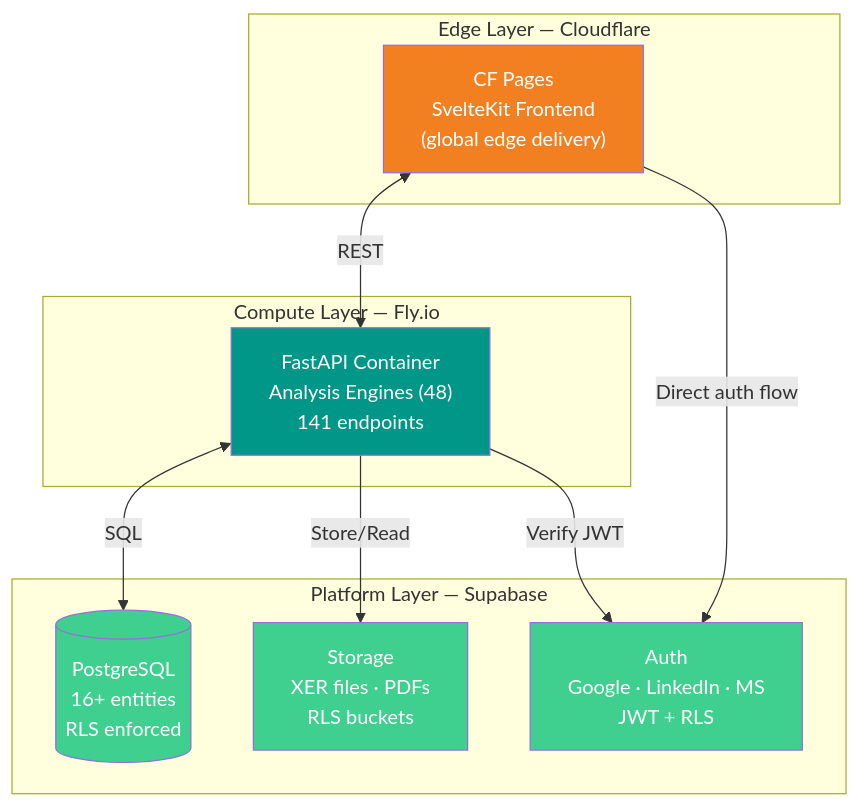
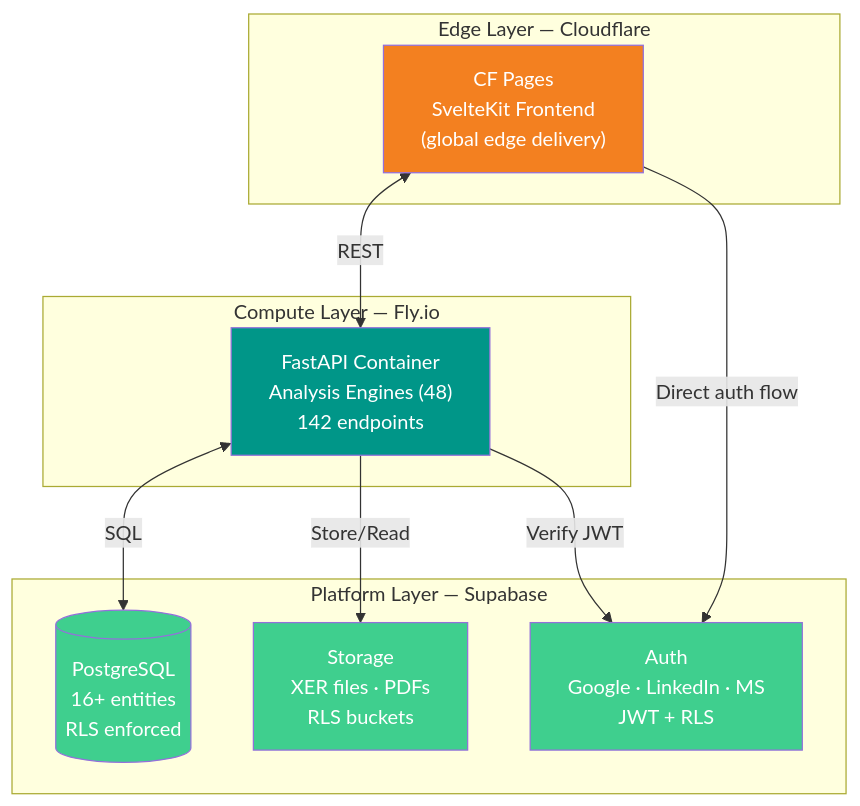
The first of 2 diagrams in README.md (VitorMRodovalho/meridianiq), drawn with Mermaid before and after one commit. The commit also changed other lines of this file and 9 other files, not shown here.

````diff
--- a/README.md
+++ b/README.md
@@ -116,28 +116,28 @@
 ```mermaid
 graph TB
     subgraph "Edge Layer — Cloudflare"
         CF_PAGES["CF Pages<br/>SvelteKit Frontend<br/>(global edge delivery)"]
     end
 
     subgraph "Compute Layer — Fly.io"
-        FASTAPI["FastAPI Container<br/>Analysis Engines (48)<br/>141 endpoints"]
+        FASTAPI["FastAPI Container<br/>Analysis Engines (48)<br/>142 endpoints"]
     end
 
     subgraph "Platform Layer — Supabase"
         AUTH["Auth<br/>Google · LinkedIn · MS<br/>JWT + RLS"]
         DB[("PostgreSQL<br/>16+ entities<br/>RLS enforced")]
         STORAGE["Storage<br/>XER files · PDFs<br/>RLS buckets"]
     end
 
     CF_PAGES <-->|"REST"| FASTAPI
     FASTAPI <-->|"SQL"| DB
     FASTAPI -->|"Store/Read"| STORAGE
     FASTAPI -->|"Verify JWT"| AUTH
     CF_PAGES -->|"Direct auth flow"| AUTH
 
     style CF_PAGES fill:#F38020,color:#fff
     style FASTAPI fill:#009688,color:#fff
     style DB fill:#3FCF8E,color:#fff
     style AUTH fill:#3FCF8E,color:#fff
     style STORAGE fill:#3FCF8E,color:#fff
 ```
````
